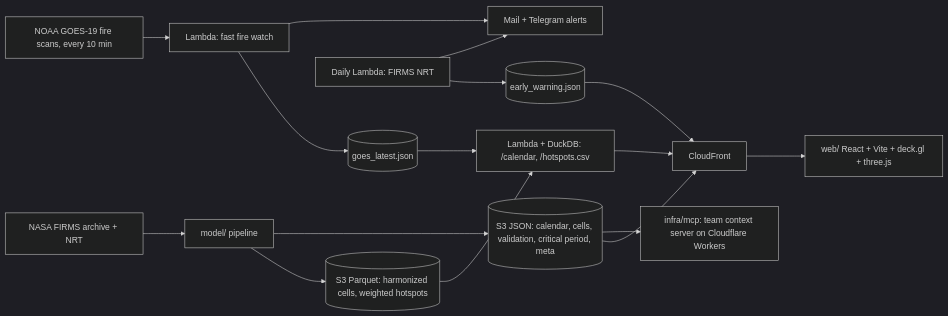
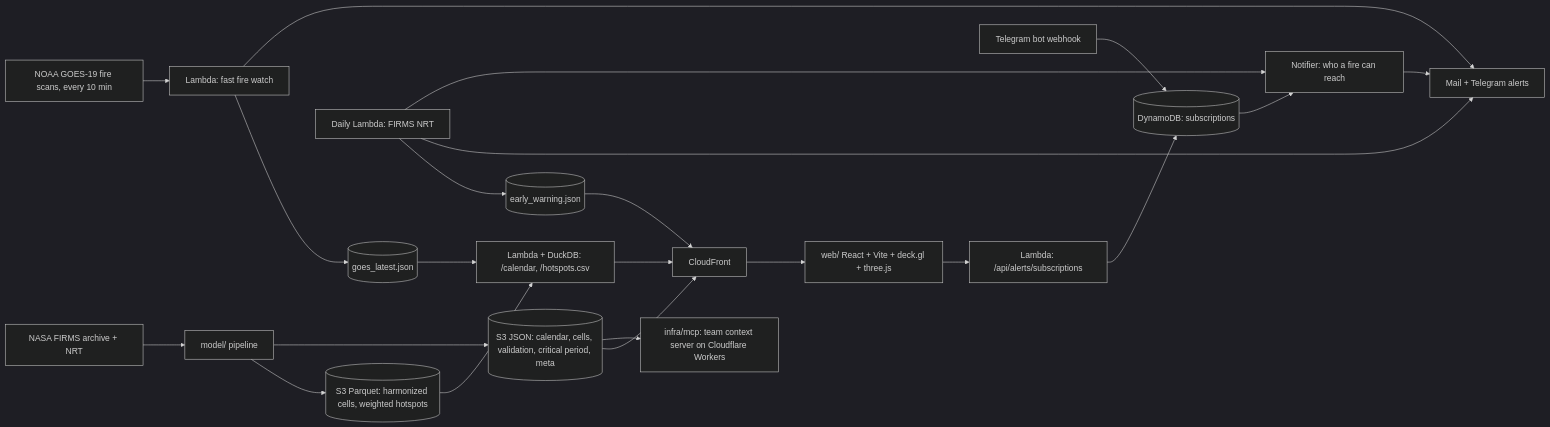
One commit to lautaromoreyraa/aeros changed the diagram in plan.md. Above: the diagram before and after it, drawn with Mermaid (dark theme). The commit also changed other lines of this file and 1 other file, not shown here.

````diff
--- a/plan.md
+++ b/plan.md
@@ -67,18 +67,24 @@
 ```mermaid
 flowchart LR
   FIRMS[NASA FIRMS archive + NRT] --> PIPE[model/ pipeline]
   PIPE --> PQ[(S3 Parquet: harmonized cells, weighted hotspots)]
   PIPE --> JSON[(S3 JSON: calendar, cells, validation, critical period, meta)]
   PQ --> API[Lambda + DuckDB: /calendar, /hotspots.csv]
   JSON --> CF[CloudFront]
   API --> CF
   CF --> WEB[web/ React + Vite + deck.gl + three.js]
   NRT[Daily Lambda: FIRMS NRT] --> EW[(early_warning.json)]
   EW --> CF
   GOES[NOAA GOES-19 fire scans, every 10 min] --> FAST[Lambda: fast fire watch]
   FAST --> GL[(goes_latest.json)]
   GL --> API
   NRT --> ALERT[Mail + Telegram alerts]
   FAST --> ALERT
+  WEB --> SUB[Lambda: /api/alerts/subscriptions]
+  BOT[Telegram bot webhook] --> DDB[(DynamoDB: subscriptions)]
+  SUB --> DDB
+  NRT --> NOTIFY[Notifier: who a fire can reach]
+  DDB --> NOTIFY
+  NOTIFY --> ALERT
   JSON --> MCP[infra/mcp: team context server on Cloudflare Workers]
 ```
````
